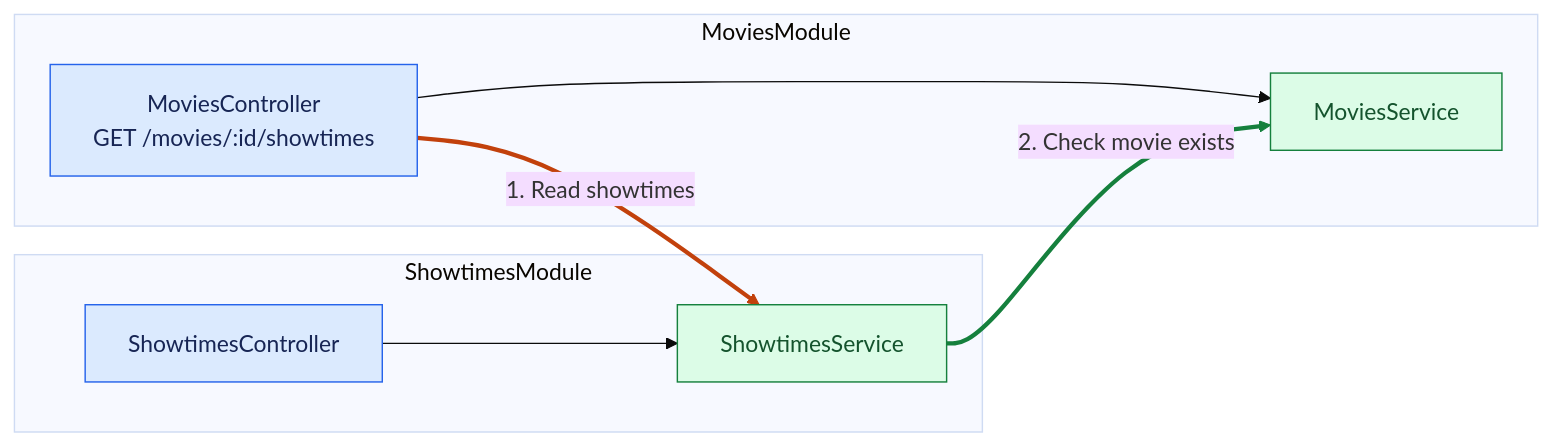
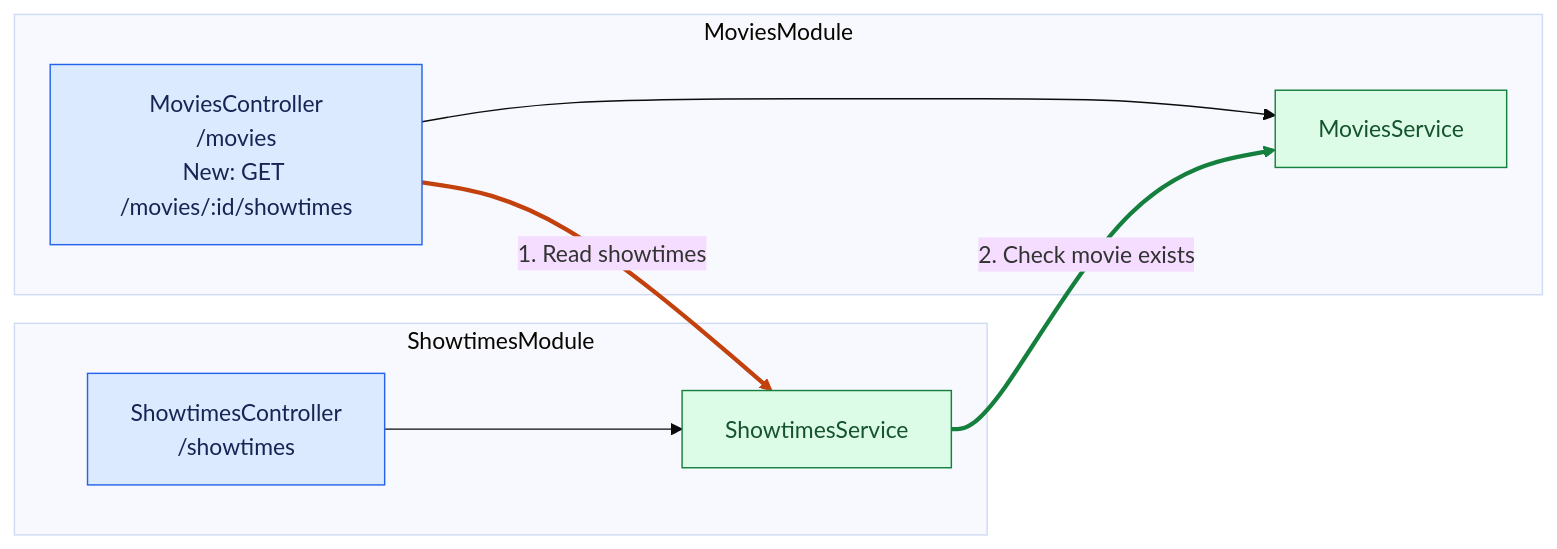
Before and after one commit to mannercode/nestjs-sola-example: the second of 5 diagrams in README.md, drawn with Mermaid (base theme). The commit also changed other lines of this file and 1 other file, not shown here.

Commit message:
docs: show routes in controller dependency diagrams

````diff
--- a/README.md
+++ b/README.md
@@ -54,21 +54,21 @@
 ```mermaid
 flowchart LR
     subgraph MoviesModule["MoviesModule"]
-        MoviesController["MoviesController<br/>GET /movies/:id/showtimes"]
+        MoviesController["MoviesController<br/>/movies<br/>New: GET /movies/:id/showtimes"]
         MoviesService["MoviesService"]
     end
     subgraph ShowtimesModule["ShowtimesModule"]
-        ShowtimesController["ShowtimesController"]
+        ShowtimesController["ShowtimesController<br/>/showtimes"]
         ShowtimesService["ShowtimesService"]
     end
     MoviesController --> MoviesService
     ShowtimesController --> ShowtimesService
     MoviesController -->|"1. Read showtimes"| ShowtimesService
     ShowtimesService -->|"2. Check movie exists"| MoviesService
     classDef controller fill:#dbeafe,stroke:#2563eb,color:#172554
     classDef service fill:#dcfce7,stroke:#15803d,color:#14532d
     class MoviesController,ShowtimesController controller
     class MoviesService,ShowtimesService service
     linkStyle 2 stroke:#c2410c,stroke-width:3px
     linkStyle 3 stroke:#15803d,stroke-width:3px
 ```
````
